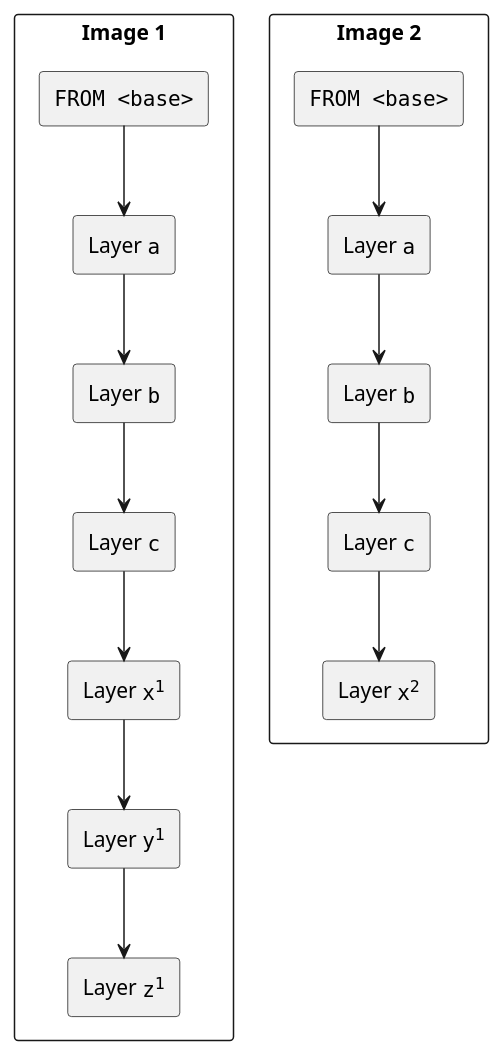
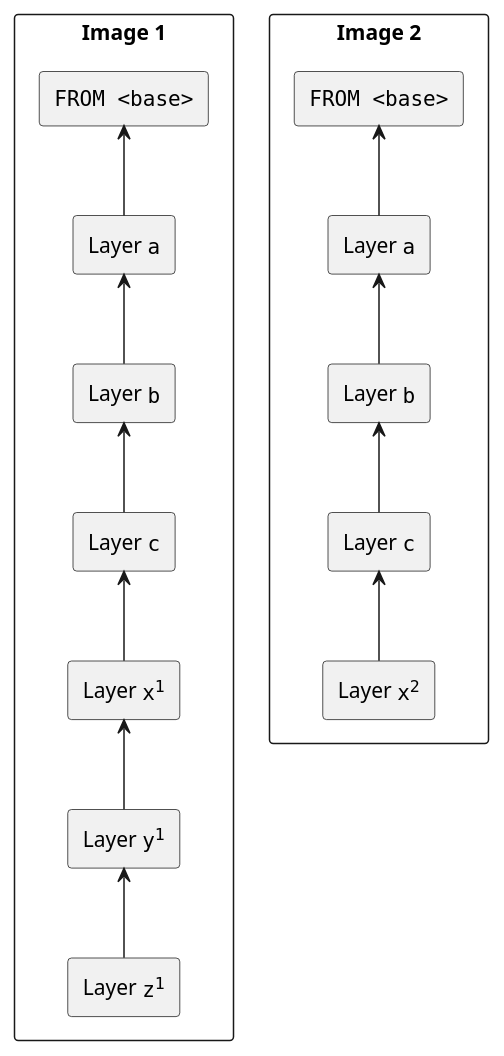
One commit to turing85/turing85.github.io changed the diagram in components/articles/modules/2023/attachments/03-26-containerfiles/layers.puml. Above: the diagram before and after it, drawn with PlantUML. The commit also changed 4 other files, not shown here.

```diff
--- a/components/articles/modules/2023/attachments/03-26-containerfiles/layers.puml
+++ b/components/articles/modules/2023/attachments/03-26-containerfiles/layers.puml
@@ -1,60 +1,60 @@
 @startuml
 
 <style>
   rectangle {
     HorizontalAlignment left
   }
 </style>
 
 rectangle image1 as "Image 1"{
   rectangle image1From [
     ""FROM <base>""
   ]
   rectangle image1LayerA [
     Layer ""a""
   ]
   rectangle image1LayerB [
     Layer ""b""
   ]
   rectangle image1LayerC [
     Layer ""c""
   ]
   rectangle image1LayerX [
     Layer ""x<sup>1</sup>""
   ]
   rectangle image1LayerY [
     Layer ""y<sup>1</sup>""
   ]
   rectangle image1LayerZ [
     Layer ""z<sup>1</sup>""
   ]
-  image1From -d-> image1LayerA
-  image1LayerA -d-> image1LayerB
-  image1LayerB -d-> image1LayerC
-  image1LayerC -d-> image1LayerX
-  image1LayerX -d-> image1LayerY
-  image1LayerY -d-> image1LayerZ
+  image1From <-d- image1LayerA
+  image1LayerA <-d- image1LayerB
+  image1LayerB <-d- image1LayerC
+  image1LayerC <-d- image1LayerX
+  image1LayerX <-d- image1LayerY
+  image1LayerY <-d- image1LayerZ
 }
 
 rectangle image2 as "Image 2"{
   rectangle image2From [
     ""FROM <base>""
   ]
   rectangle image2LayerA [
     Layer ""a""
   ]
   rectangle image2LayerB [
     Layer ""b""
   ]
   rectangle image2LayerC [
     Layer ""c""
   ]
   rectangle image2LayerX [
     Layer ""x<sup>2</sup>""
   ]
-  image2From -d-> image2LayerA
-  image2LayerA -d-> image2LayerB
-  image2LayerB -d-> image2LayerC
-  image2LayerC -d-> image2LayerX
+  image2From <-d- image2LayerA
+  image2LayerA <-d- image2LayerB
+  image2LayerB <-d- image2LayerC
+  image2LayerC <-d- image2LayerX
 }
 @enduml
```
